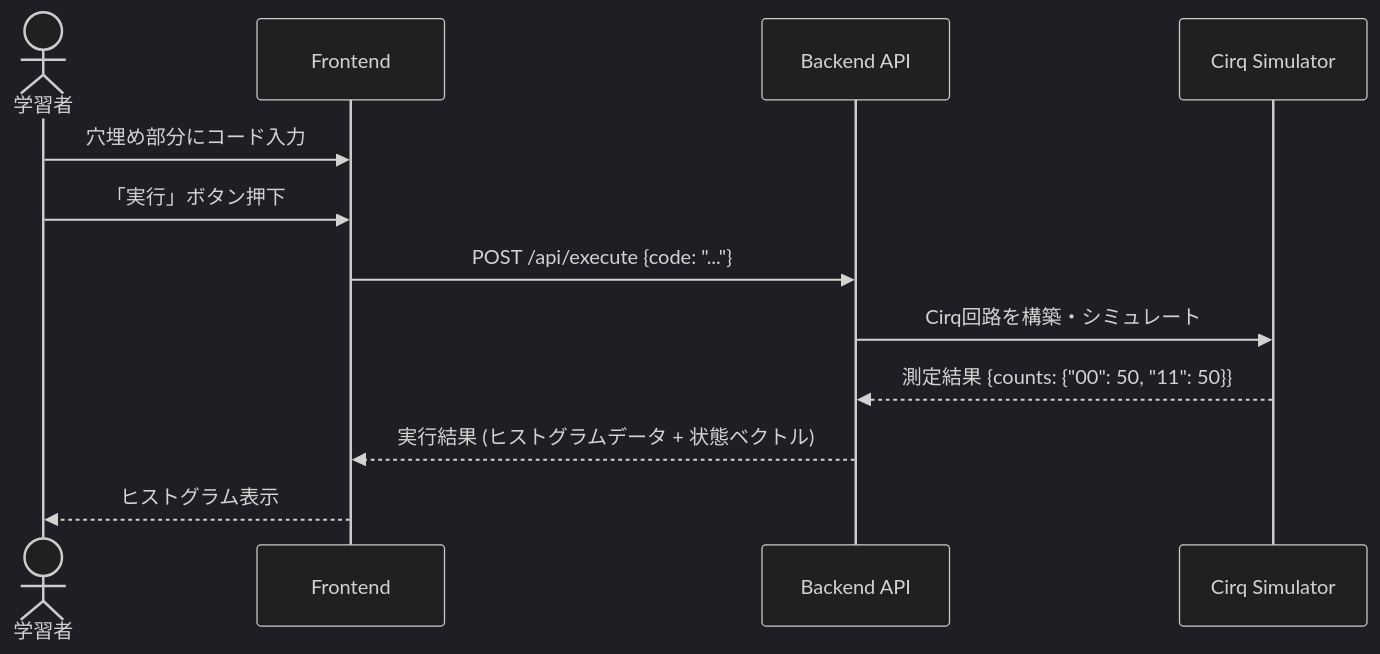
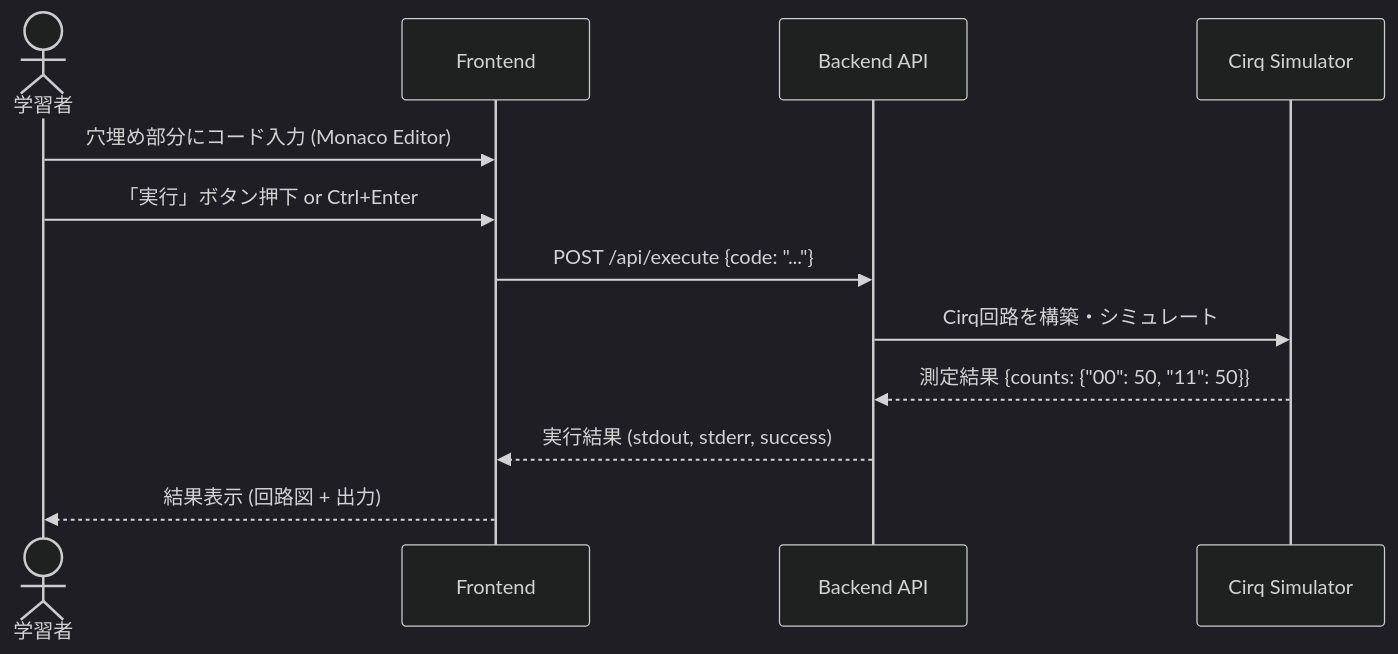
The second of 6 diagrams in docs/use-cases.md (akaitigo/quantum-katas), drawn with Mermaid (dark theme) before and after one commit. The commit also changed other lines of this file and 11 other files, not shown here.

````diff
--- a/docs/use-cases.md
+++ b/docs/use-cases.md
@@ -24,15 +24,15 @@
 ```mermaid
 sequenceDiagram
     actor User as 学習者
     participant FE as Frontend
     participant API as Backend API
     participant Sim as Cirq Simulator
 
-    User->>FE: 穴埋め部分にコード入力
-    User->>FE: 「実行」ボタン押下
+    User->>FE: 穴埋め部分にコード入力 (Monaco Editor)
+    User->>FE: 「実行」ボタン押下 or Ctrl+Enter
     FE->>API: POST /api/execute {code: "..."}
     API->>Sim: Cirq回路を構築・シミュレート
     Sim-->>API: 測定結果 {counts: {"00": 50, "11": 50}}
-    API-->>FE: 実行結果 (ヒストグラムデータ + 状態ベクトル)
-    FE-->>User: ヒストグラム表示
+    API-->>FE: 実行結果 (stdout, stderr, success)
+    FE-->>User: 結果表示 (回路図 + 出力)
 ```
````
